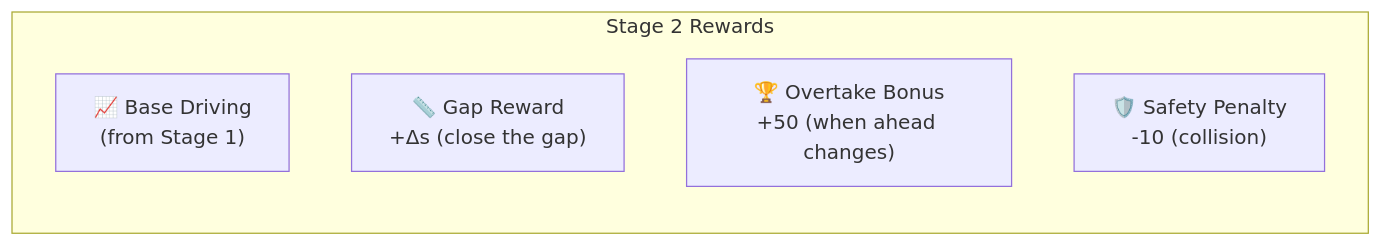
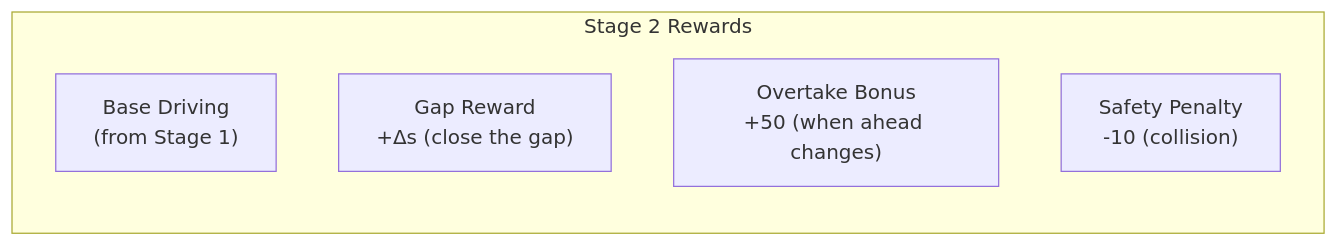
The sixth of 8 diagrams in _posts/project/2025-11-22-agent-mcqueen.md (leesg0107/leesg0107.github.io), drawn with Mermaid before and after one commit. The commit also changed other lines of this file and 77 other files, not shown here.

```diff
--- a/_posts/project/2025-11-22-agent-mcqueen.md
+++ b/_posts/project/2025-11-22-agent-mcqueen.md
@@ -238,9 +233,9 @@
 <div class="mermaid">
 flowchart LR
     subgraph REWARDS["Stage 2 Rewards"]
-        BASE["📈 Base Driving<br/>(from Stage 1)"]
-        GAP["📏 Gap Reward<br/>+Δs (close the gap)"]
-        PASS["🏆 Overtake Bonus<br/>+50 (when ahead changes)"]
-        SAFE["🛡️ Safety Penalty<br/>-10 (collision)"]
+        BASE["Base Driving<br/>(from Stage 1)"]
+        GAP["Gap Reward<br/>+Δs (close the gap)"]
+        PASS["Overtake Bonus<br/>+50 (when ahead changes)"]
+        SAFE["Safety Penalty<br/>-10 (collision)"]
     end
 </div>
```
